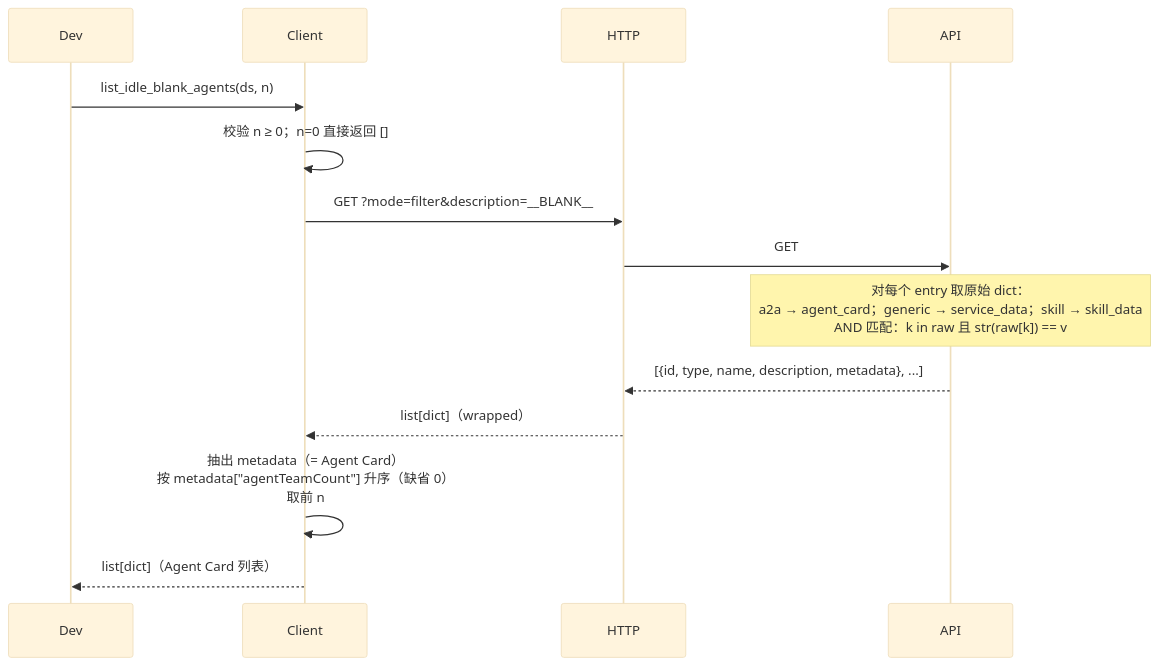
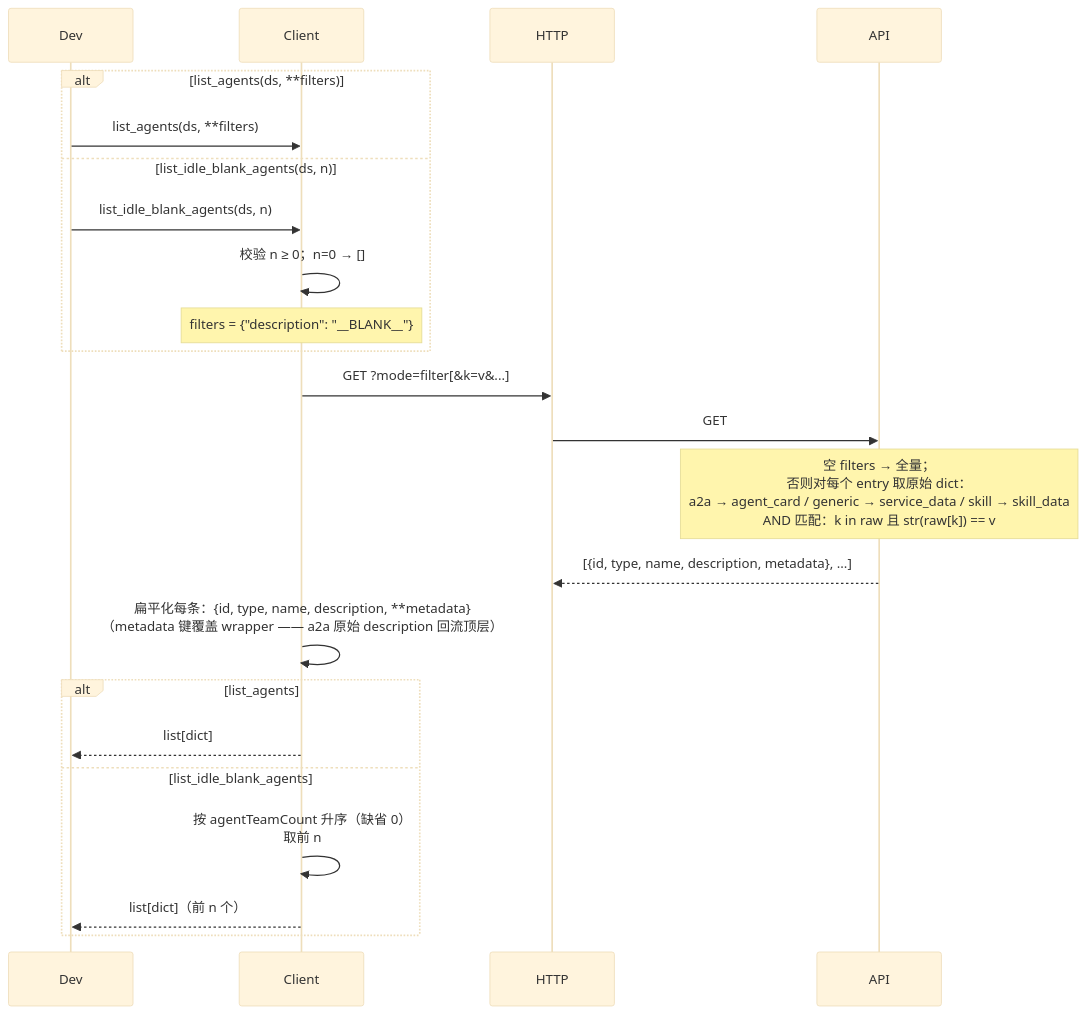
Before and after one commit to Weizheng96/A2X-registry: the sixth of 6 diagrams in docs/client_design.md, drawn with Mermaid (base theme). The commit also changed other lines of this file and 7 other files, not shown here.

First line of the commit message:
refactor: collapse list_agents/list_agents_full/list_agents_by_filter into one

````diff
--- a/docs/client_design.md
+++ b/docs/client_design.md
@@ -608,17 +589,26 @@
 ```mermaid
 sequenceDiagram
     participant Dev
     participant Client
     participant HTTP
     participant API
 
-    Dev->>Client: list_idle_blank_agents(ds, n)
-    Client->>Client: 校验 n ≥ 0；n=0 直接返回 []
-    Client->>HTTP: GET ?mode=filter&description=__BLANK__
+    alt list_agents(ds, **filters)
+        Dev->>Client: list_agents(ds, **filters)
+    else list_idle_blank_agents(ds, n)
+        Dev->>Client: list_idle_blank_agents(ds, n)
+        Client->>Client: 校验 n ≥ 0；n=0 → []
+        Note over Client: filters = {"description": "__BLANK__"}
+    end
+    Client->>HTTP: GET ?mode=filter[&k=v&...]
     HTTP->>API: GET
-    Note over API: 对每个 entry 取原始 dict：<br/>a2a → agent_card；generic → service_data；skill → skill_data<br/>AND 匹配：k in raw 且 str(raw[k]) == v
+    Note over API: 空 filters → 全量；<br/>否则对每个 entry 取原始 dict：<br/>a2a → agent_card / generic → service_data / skill → skill_data<br/>AND 匹配：k in raw 且 str(raw[k]) == v
     API-->>HTTP: [{id, type, name, description, metadata}, ...]
-    HTTP-->>Client: list[dict]（wrapped）
-    Client->>Client: 抽出 metadata（= Agent Card）<br/>按 metadata["agentTeamCount"] 升序（缺省 0）<br/>取前 n
-    Client-->>Dev: list[dict]（Agent Card 列表）
+    Client->>Client: 扁平化每条：{id, type, name, description, **metadata}<br/>（metadata 键覆盖 wrapper —— a2a 原始 description 回流顶层）
+    alt list_agents
+        Client-->>Dev: list[dict]
+    else list_idle_blank_agents
+        Client->>Client: 按 agentTeamCount 升序（缺省 0）<br/>取前 n
+        Client-->>Dev: list[dict]（前 n 个）
+    end
 ```
````
